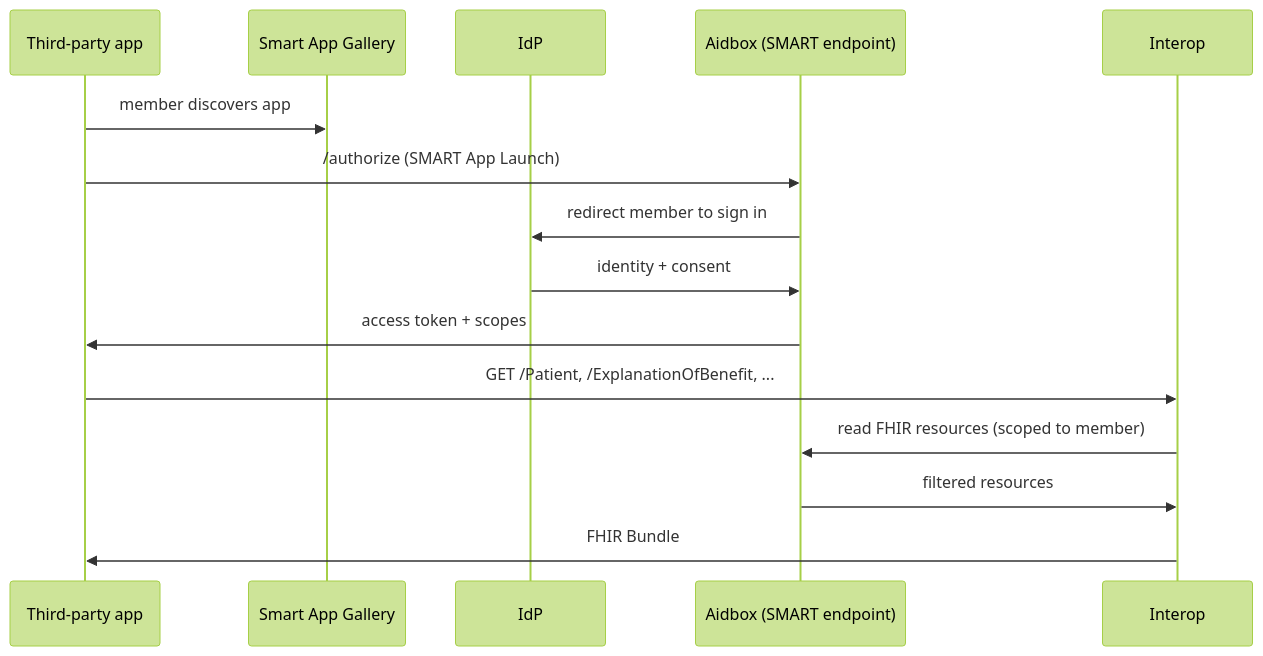
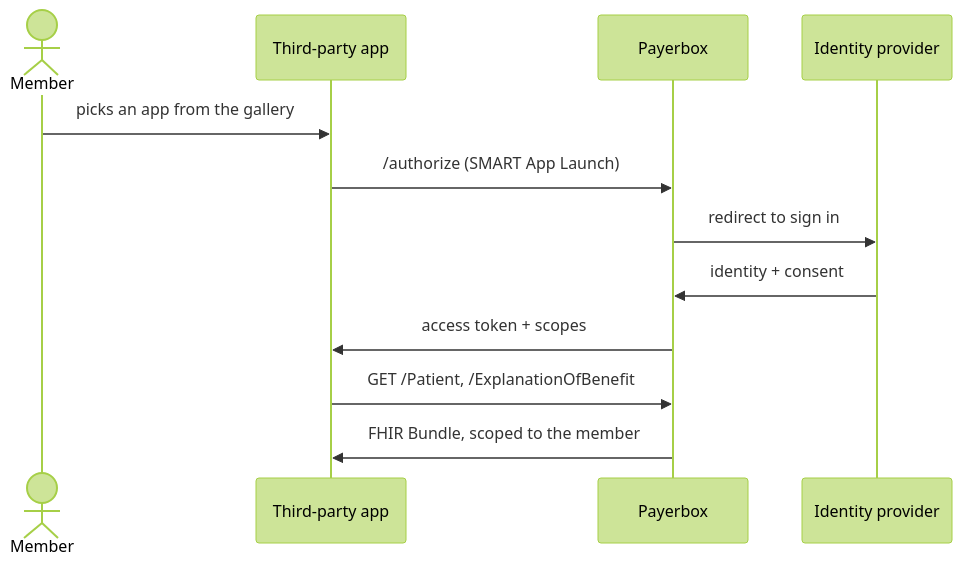
The first of 2 diagrams in docs/run-payerbox/architecture.md (HealthSamurai/payerbox-docs), drawn with Mermaid (forest theme) before and after one commit. The commit also changed other lines of this file and 14 other files, not shown here.

First line of the commit message:
docs: unify the flow diagrams in house-style SVG

````diff
--- a/docs/run-payerbox/architecture.md
+++ b/docs/run-payerbox/architecture.md
@@ -84,17 +36,14 @@
 ```mermaid
 sequenceDiagram
+  actor member as Member
   participant app as Third-party app
-  participant gallery as Smart App Gallery
-  participant idp as IdP
-  participant aidbox as Aidbox (SMART endpoint)
-  participant interop as Interop
-  app->>gallery: member discovers app
-  app->>aidbox: /authorize (SMART App Launch)
-  aidbox->>idp: redirect member to sign in
-  idp->>aidbox: identity + consent
-  aidbox->>app: access token + scopes
-  app->>interop: GET /Patient, /ExplanationOfBenefit, ...
-  interop->>aidbox: read FHIR resources (scoped to member)
-  aidbox->>interop: filtered resources
-  interop->>app: FHIR Bundle
+  participant pb as Payerbox
+  participant idp as Identity provider
+  member->>app: picks an app from the gallery
+  app->>pb: /authorize (SMART App Launch)
+  pb->>idp: redirect to sign in
+  idp->>pb: identity + consent
+  pb->>app: access token + scopes
+  app->>pb: GET /Patient, /ExplanationOfBenefit
+  pb->>app: FHIR Bundle, scoped to the member
 ```
````
